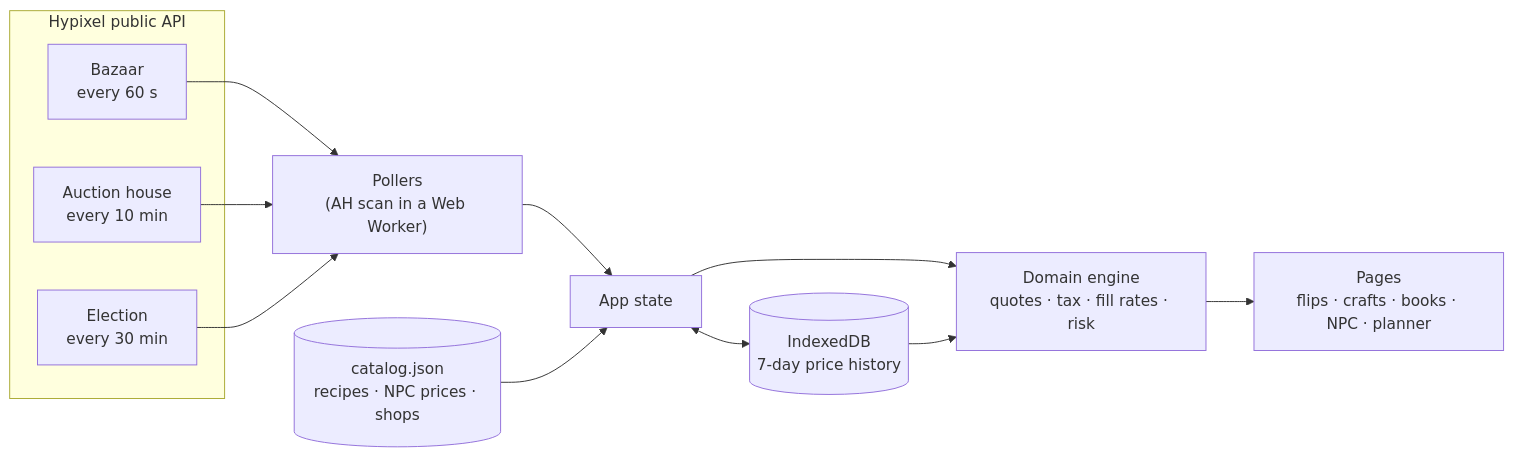
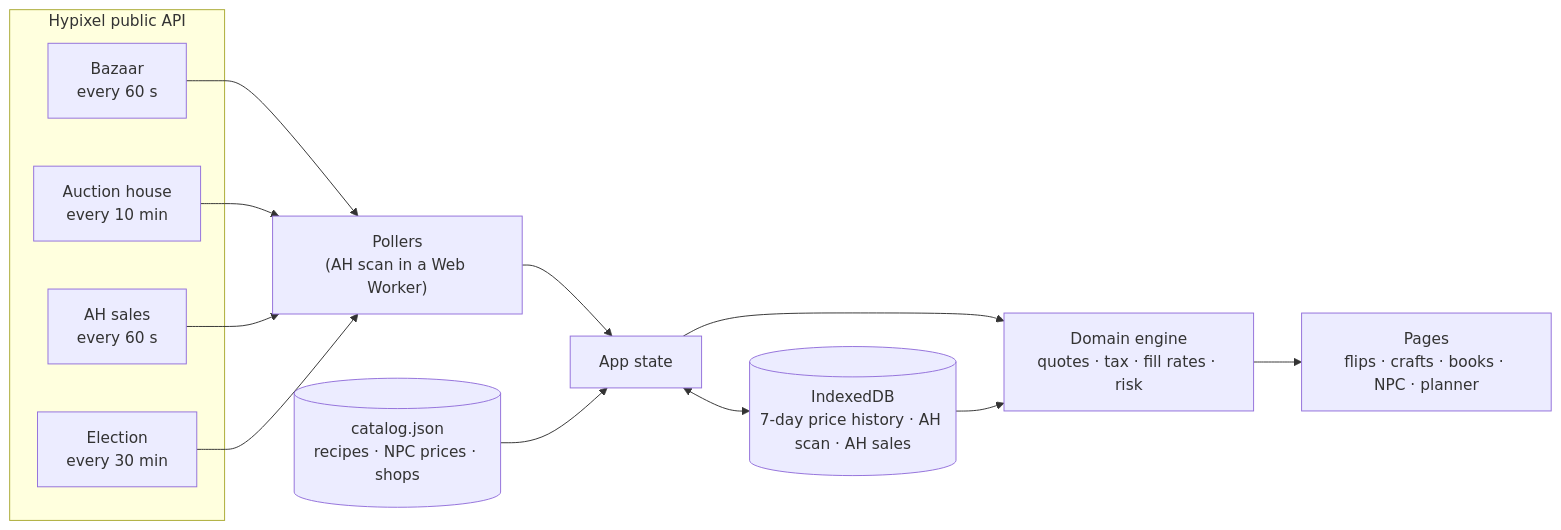
The diagram in README.md (N1mblexe/Skyblock-MoneyPrinter), drawn with Mermaid before and after one commit. The commit also changed other lines of this file and 2 other files, not shown here.

First line of the commit message:
s3/docs: document round s (conservatism, side-aware risk, AH v4 and sales, crafts, Kat, bits)

````diff
--- a/README.md
+++ b/README.md
@@ -171,19 +171,21 @@
 ```mermaid
 flowchart LR
     subgraph Hypixel["Hypixel public API"]
         BZ["Bazaar<br/>every 60 s"]
         AH["Auction house<br/>every 10 min"]
+        AS["AH sales<br/>every 60 s"]
         EL["Election<br/>every 30 min"]
     end
     CAT[("catalog.json<br/>recipes · NPC prices · shops")]
 
     BZ --> P["Pollers<br/>(AH scan in a Web Worker)"]
     AH --> P
+    AS --> P
     EL --> P
     P --> S["App state"]
     CAT --> S
     S --> D["Domain engine<br/>quotes · tax · fill rates · risk"]
     D --> V["Pages<br/>flips · crafts · books · NPC · planner"]
-    S <--> DB[("IndexedDB<br/>7-day price history")]
+    S <--> DB[("IndexedDB<br/>7-day price history · AH scan · AH sales")]
     DB --> D
 ```
````
